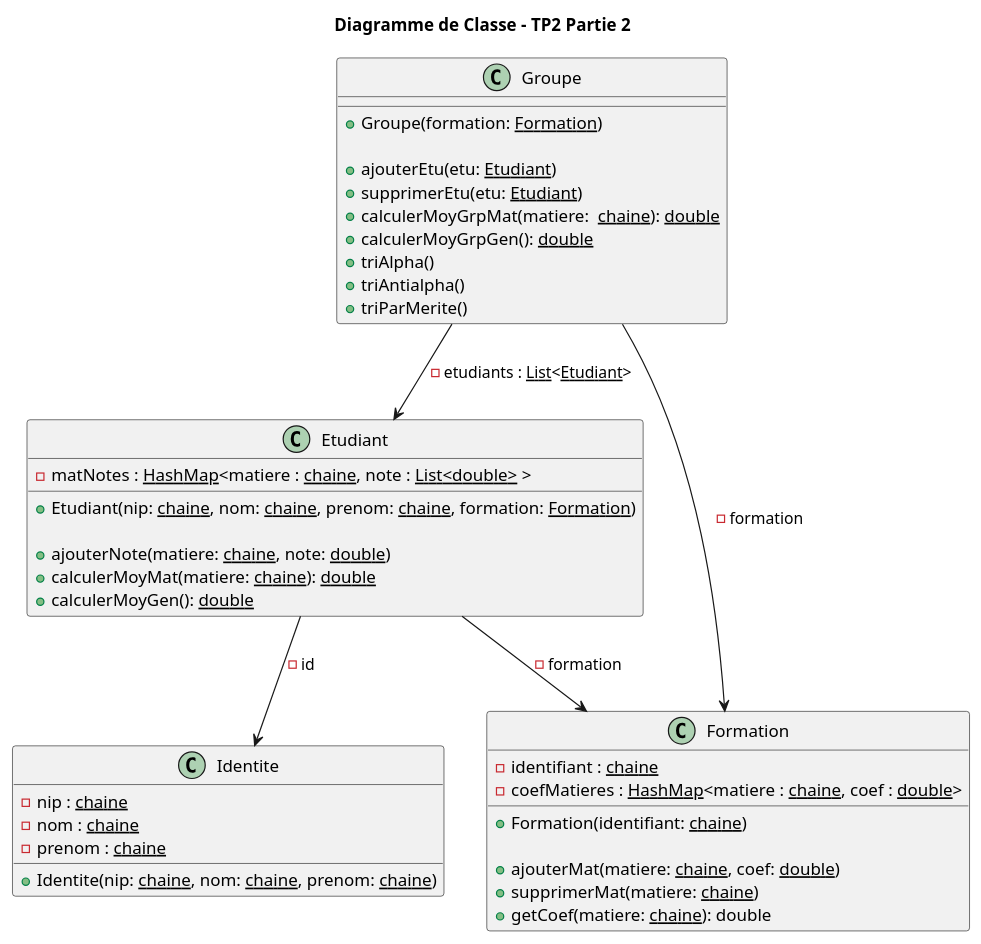
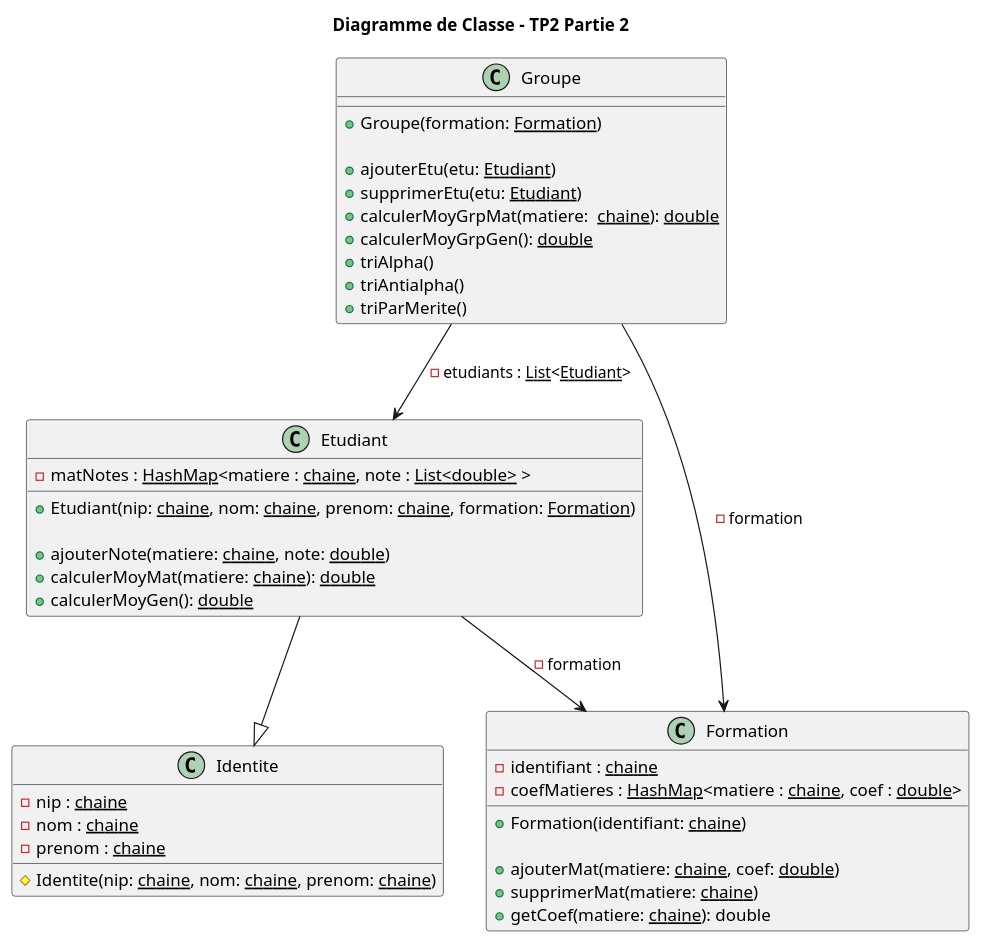
Before and after one commit to Stephane-Lpt/COO: the diagram in uml/UML_Classe.puml, drawn with PlantUML. The commit also changed 1 other file, not shown here.

Commit message:
mise a jour UML classe Etudiant extends Identite, fin de l'atttrivut id dans Etudiant

```diff
--- a/uml/UML_Classe.puml
+++ b/uml/UML_Classe.puml
@@ -2,49 +2,49 @@
 @startuml
 
 title Diagramme de Classe - TP2 Partie 2
 
 class Etudiant{
     - matNotes : <u>HashMap</u><matiere : <u>chaine</u>, note : <u>List<double></u> >
 
     + Etudiant(nip: <u>chaine</u>, nom: <u>chaine</u>, prenom: <u>chaine</u>, formation: <u>Formation</u>)
 
     + ajouterNote(matiere: <u>chaine</u>, note: <u>double</u>)
     + calculerMoyMat(matiere: <u>chaine</u>): <u>double</u>
     + calculerMoyGen(): <u>double</u>
 }
-Etudiant --> Identite: - id
+Etudiant --|> Identite
 Etudiant --> Formation: - formation
 
 class Identite{
     - nip : <u>chaine</u>
     - nom : <u>chaine</u>
     - prenom : <u>chaine</u>
 
-    + Identite(nip: <u>chaine</u>, nom: <u>chaine</u>, prenom: <u>chaine</u>)
+    # Identite(nip: <u>chaine</u>, nom: <u>chaine</u>, prenom: <u>chaine</u>)
 }
 
 class Formation{
     - identifiant : <u>chaine</u>
     - coefMatieres : <u>HashMap</u><matiere : <u>chaine</u>, coef : <u>double</u>>
 
     + Formation(identifiant: <u>chaine</u>)
 
     + ajouterMat(matiere: <u>chaine</u>, coef: <u>double</u>)
     + supprimerMat(matiere: <u>chaine</u>)
     + getCoef(matiere: <u>chaine</u>): double
 }
 
 class Groupe{
     + Groupe(formation: <u>Formation</u>)
 
     + ajouterEtu(etu: <u>Etudiant</u>)
     + supprimerEtu(etu: <u>Etudiant</u>)
     + calculerMoyGrpMat(matiere:  <u>chaine</u>): <u>double</u>
     + calculerMoyGrpGen(): <u>double</u>
     + triAlpha()
     + triAntialpha()
     + triParMerite()
 }
 Groupe --> Formation: - formation
 Groupe --> Etudiant: - etudiants : <u>List</u><<u>Etudiant</u>>
 @enduml
```
